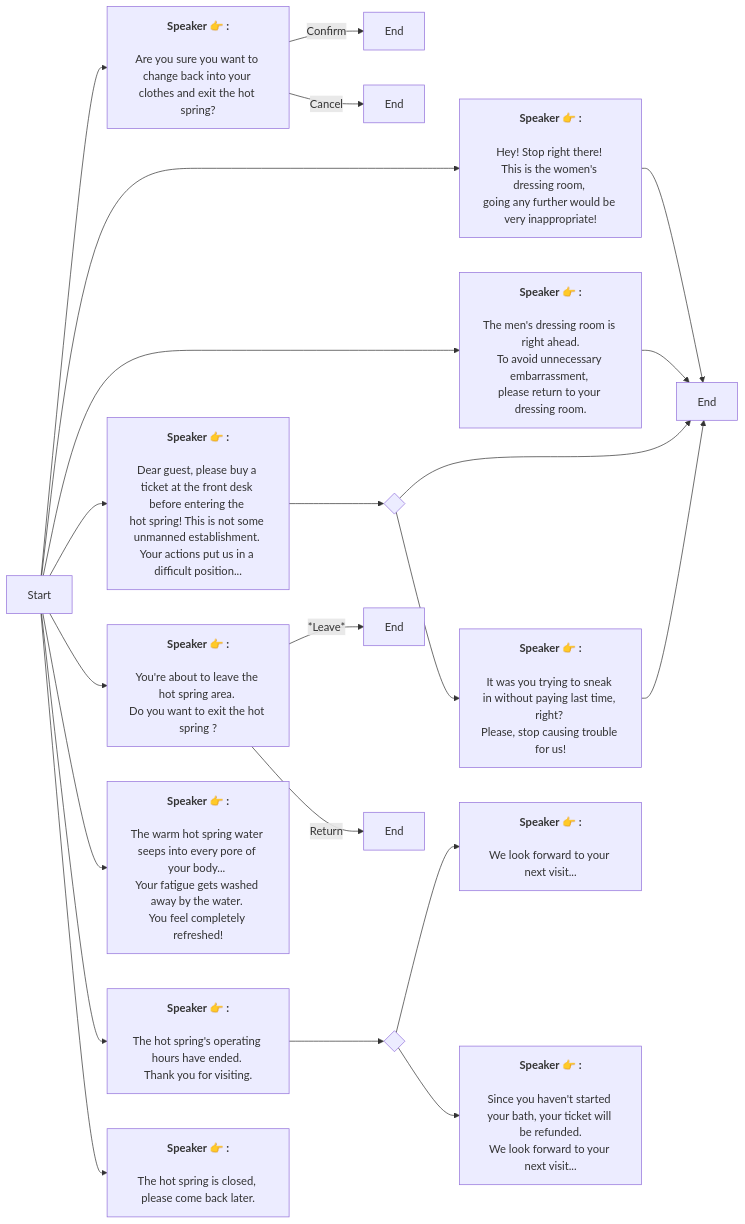
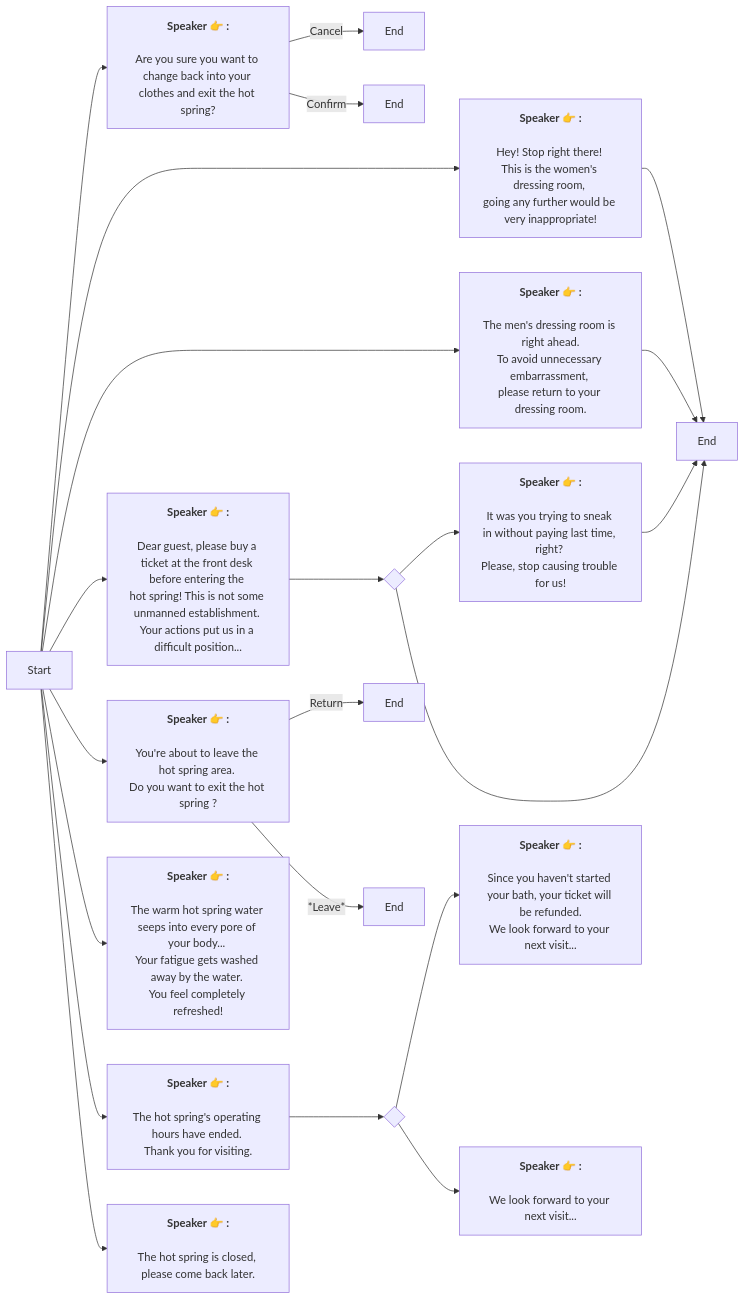
Before and after one commit to SoftHu/tos_avg: the diagram in En/HotSpringTip.md, drawn with Mermaid. The commit also changed other lines of this file and 780 other files, not shown here.

````diff
--- a/En/HotSpringTip.md
+++ b/En/HotSpringTip.md
@@ -1,48 +1,48 @@
 ```mermaid
 graph LR
 Start -->1766836454846372[<b>Speaker 👉 :</b>
 \nAre you sure you want to change back into your 
 clothes and exit the hot spring?]
+1766836454846372 -->|Cancel|1766836566630315[End]
 1766836454846372 -->|Confirm|1766836562522026[End]
-1766836454846372 -->|Cancel|1766836566630315[End]
 Start -->1766852287585140[<b>Speaker 👉 :</b>
 \nHey! Stop right there! 
 This is the women's dressing room, 
 going any further would be very inappropriate!]
 1766852287585140 -->1766852287585141[End]
 Start -->1766852287586167[<b>Speaker 👉 :</b>
 \nThe men's dressing room is right ahead.
 To avoid unnecessary embarrassment, 
 please return to your dressing room.]
 1766852287586167 -->1766852287585141[End]
 Start -->1766852287587193[<b>Speaker 👉 :</b>
 \nDear guest, please buy a ticket at the front desk before entering the 
 hot spring! This is not some unmanned establishment. 
 Your actions put us in a difficult position...]
 1766852287587193 -->1767554785504117{ }
-1767554785504117 -->1766852287585141[End]
 1767554785504117 -->1767554932649846[<b>Speaker 👉 :</b>
 \nIt was you trying to sneak in without paying last time, right? 
 Please, stop causing trouble for us!]
+1767554785504117 -->1766852287585141[End]
 1767554932649846 -->1766852287585141[End]
 Start -->1766918374598516[<b>Speaker 👉 :</b>
 \nYou're about to leave the hot spring area. 
 Do you want to exit the hot spring ?]
+1766918374598516 -->|Return|1766918461645691[End]
 1766918374598516 -->|*Leave*|1766918461645690[End]
-1766918374598516 -->|Return|1766918461645691[End]
 Start -->1767362903380854[<b>Speaker 👉 :</b>
 \nThe warm hot spring water seeps into every pore of your body... 
 Your fatigue gets washed away by the water. 
 You feel completely refreshed!]
 Start -->1767390022138742[<b>Speaker 👉 :</b>
 \nThe hot spring's operating hours have ended. 
 Thank you for visiting.]
 1767390022138742 -->1767393902223221{ }
+1767393902223221 -->1767393960097655[<b>Speaker 👉 :</b>
+\nSince you haven't started your bath, your ticket will be refunded.\nWe look forward to your next visit...]
 1767393902223221 -->1767393921749878[<b>Speaker 👉 :</b>
 \nWe look forward to your next visit...]
-1767393902223221 -->1767393960097655[<b>Speaker 👉 :</b>
-\nSince you haven't started your bath, your ticket will be refunded.\nWe look forward to your next visit...]
 Start -->1767391865579382[<b>Speaker 👉 :</b>
 \nThe hot spring is closed, please come back later.]
 
 ```
````
